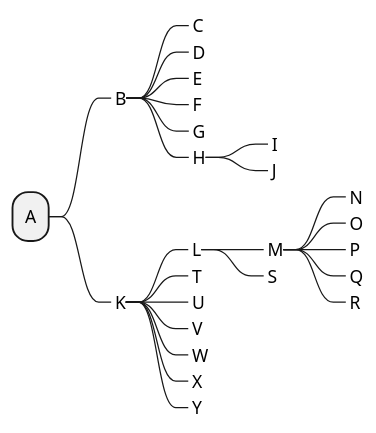
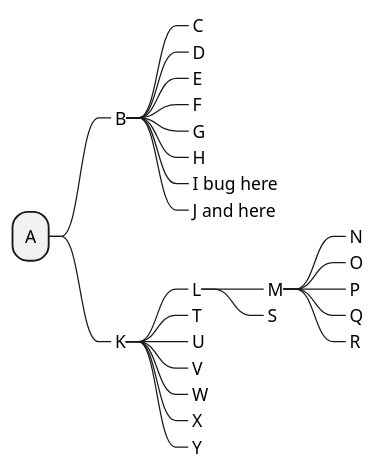
The diagram in test-resources/map-08.puml (obarbeau/markdown2mindmap), drawn with PlantUML before and after one commit. The commit also changed 10 other files, not shown here.

```diff
--- a/test-resources/map-08.puml
+++ b/test-resources/map-08.puml
@@ -1,28 +1,28 @@
 @startmindmap
 
 * A
 **_ B
 ***_ C
 ***_ D
 ***_ E
 ***_ F
 ***_ G
 ***_ H
-****_ I
-****_ J
+***_ I bug here
+***_ J and here
 **_ K
 ***_ L
 ****_ M
 *****_ N
 *****_ O
 *****_ P
 *****_ Q
 *****_ R
 ****_ S
 ***_ T
 ***_ U
 ***_ V
 ***_ W
 ***_ X
 ***_ Y
 @endmindmap
```
